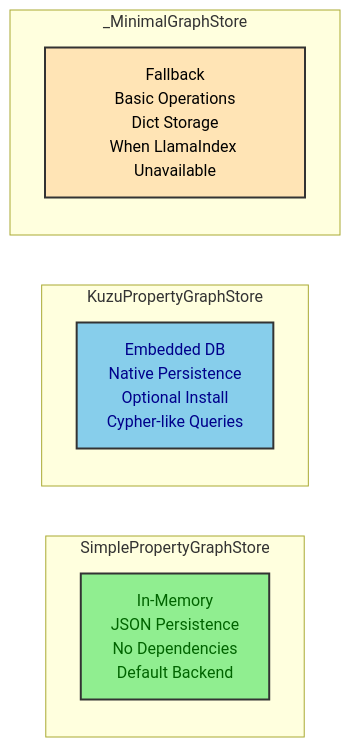
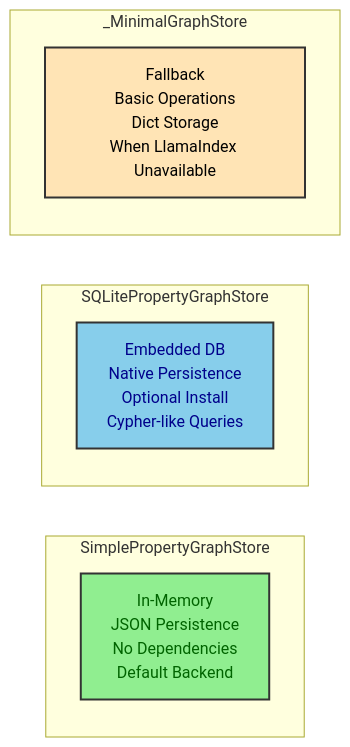
One commit to bxw91/brainpalace changed the seventh of 11 diagrams in docs/design/storage-architecture.md. Above: the diagram before and after it, drawn with Mermaid. The commit also changed other lines of this file and 74 other files, not shown here.

````diff
--- a/docs/design/storage-architecture.md
+++ b/docs/design/storage-architecture.md
@@ -469,25 +469,25 @@
 ```mermaid
 flowchart LR
     subgraph Simple["SimplePropertyGraphStore"]
         direction TB
         SFeatures["In-Memory<br/>JSON Persistence<br/>No Dependencies<br/>Default Backend"]
     end
 
-    subgraph Kuzu["KuzuPropertyGraphStore"]
+    subgraph SQLite["SQLitePropertyGraphStore"]
         direction TB
         KFeatures["Embedded DB<br/>Native Persistence<br/>Optional Install<br/>Cypher-like Queries"]
     end
 
     subgraph Minimal["_MinimalGraphStore"]
         direction TB
         MFeatures["Fallback<br/>Basic Operations<br/>Dict Storage<br/>When LlamaIndex Unavailable"]
     end
 
     classDef simple fill:#90EE90,stroke:#333,stroke-width:2px,color:darkgreen
-    classDef kuzu fill:#87CEEB,stroke:#333,stroke-width:2px,color:darkblue
+    classDef sqlite fill:#87CEEB,stroke:#333,stroke-width:2px,color:darkblue
     classDef minimal fill:#FFE4B5,stroke:#333,stroke-width:2px,color:black
 
     class SFeatures simple
-    class KFeatures kuzu
+    class KFeatures sqlite
     class MFeatures minimal
 ```
````
